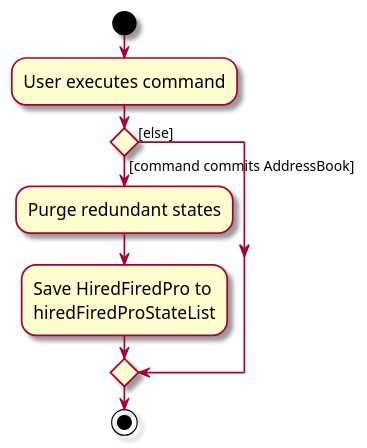
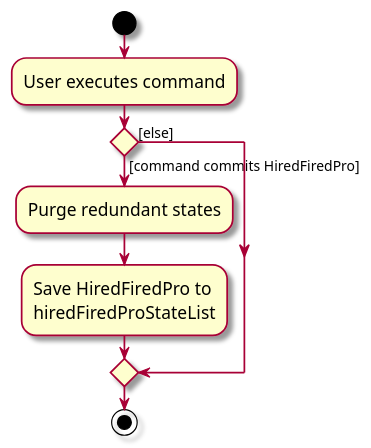
One commit to nus-cs2103-AY2425S1/tp changed the diagram in docs/diagrams/CommitActivityDiagram.puml. Above: the diagram before and after it, drawn with PlantUML. The commit also changed 2 other files, not shown here.

Commit message:
Update unupdated diagrams

```diff
--- a/docs/diagrams/CommitActivityDiagram.puml
+++ b/docs/diagrams/CommitActivityDiagram.puml
@@ -1,18 +1,18 @@
 @startuml
 skin rose
 skinparam ActivityFontSize 15
 skinparam ArrowFontSize 12
 start
 :User executes command;
 
 'Since the beta syntax does not support placing the condition outside the
 'diamond we place it as the true branch instead.
 
-if () then ([command commits AddressBook])
+if () then ([command commits HiredFiredPro])
     :Purge redundant states;
     :Save HiredFiredPro to
     hiredFiredProStateList;
 else ([else])
 endif
 stop
 @enduml
```
